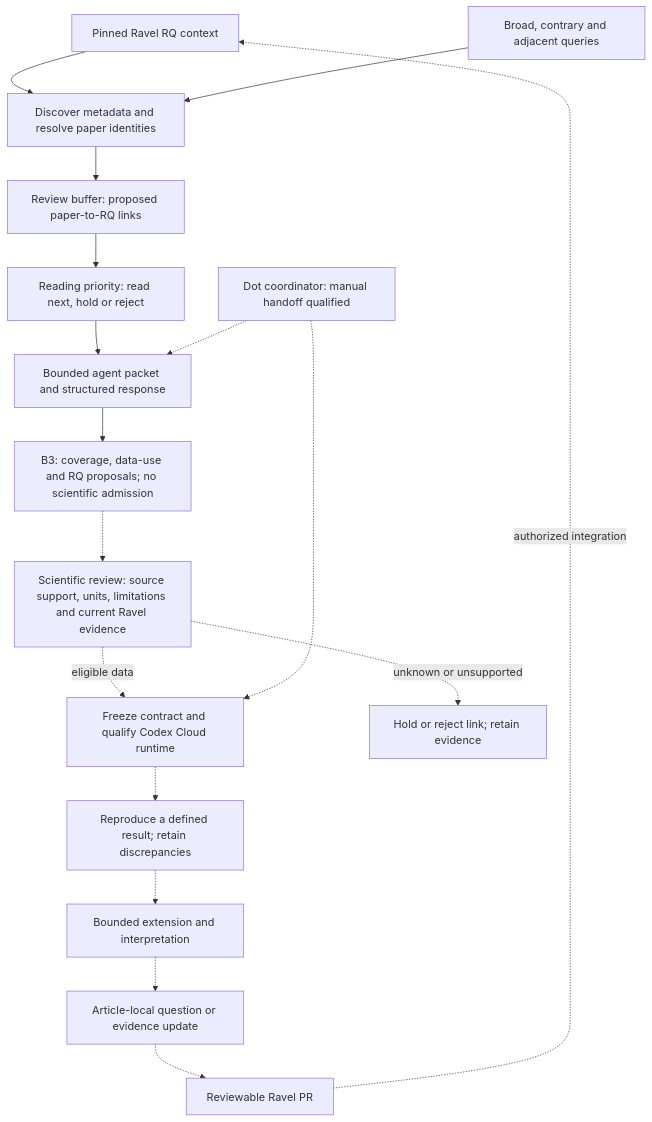
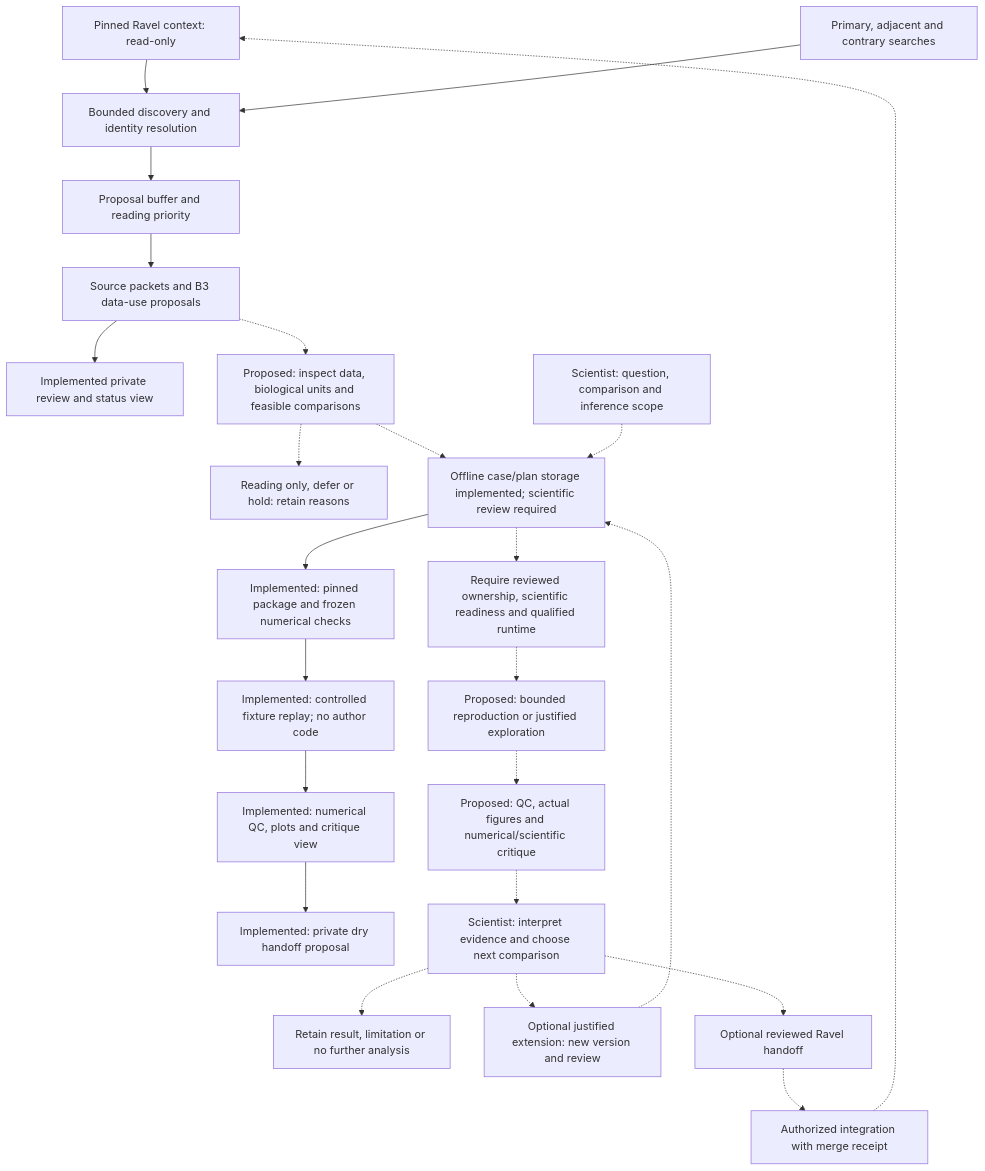
The first of 2 diagrams in README.md (xorca0711/weft), drawn with Mermaid before and after one commit. The commit also changed other lines of this file and 54 other files, not shown here.

Commit message:
Add offline scientific evidence workspace and worker preparation (#18)

````diff
--- a/README.md
+++ b/README.md
@@ -95,19 +89,26 @@
 ```mermaid
 flowchart TD
-    R["Pinned Ravel RQ context"] --> D["Discover metadata and resolve paper identities"]
-    Q["Broad, contrary and adjacent queries"] --> D
-    D --> B["Review buffer: proposed paper-to-RQ links"]
-    B --> T["Reading priority: read next, hold or reject"]
-    T --> P["Bounded agent packet and structured response"]
-    O["Dot coordinator: manual handoff qualified"] -.-> P
-    P --> Q3["B3: coverage, data-use and RQ proposals; no scientific admission"]
-    Q3 -.-> V["Scientific review: source support, units, limitations and current Ravel evidence"]
-    V -.->|eligible data| C["Freeze contract and qualify Codex Cloud runtime"]
-    O -.-> C
-    V -.->|unknown or unsupported| H["Hold or reject link; retain evidence"]
-    C -.-> A["Reproduce a defined result; retain discrepancies"]
-    A -.-> E["Bounded extension and interpretation"]
-    E -.-> N["Article-local question or evidence update"]
-    N -.-> X["Reviewable Ravel PR"]
-    X -.->|authorized integration| R
+    R["Pinned Ravel context: read-only"] --> D["Bounded discovery and identity resolution"]
+    Q["Primary, adjacent and contrary searches"] --> D
+    D --> B["Proposal buffer and reading priority"]
+    B --> S["Source packets and B3 data-use proposals"]
+    S --> V["Implemented private review and status view"]
+    S -.-> F["Proposed: inspect data, biological units and feasible comparisons"]
+    F -.-> H["Reading only, defer or hold: retain reasons"]
+    F -.-> C["Offline case/plan storage implemented; scientific review required"]
+    U["Scientist: question, comparison and inference scope"] -.-> C
+    C -.-> G["Require reviewed ownership, scientific readiness and qualified runtime"]
+    C --> PK["Implemented: pinned package and frozen numerical checks"]
+    PK --> FX["Implemented: controlled fixture replay; no author code"]
+    FX --> EV["Implemented: numerical QC, plots and critique view"]
+    EV --> DR["Implemented: private dry handoff proposal"]
+    G -.-> A["Proposed: bounded reproduction or justified exploration"]
+    A -.-> E["Proposed: QC, actual figures and numerical/scientific critique"]
+    E -.-> J["Scientist: interpret evidence and choose next comparison"]
+    J -.-> N["Retain result, limitation or no further analysis"]
+    J -.-> M["Optional justified extension: new version and review"]
+    M -.-> C
+    J -.-> X["Optional reviewed Ravel handoff"]
+    X -.-> I["Authorized integration with merge receipt"]
+    I -.-> R
 ```
````
